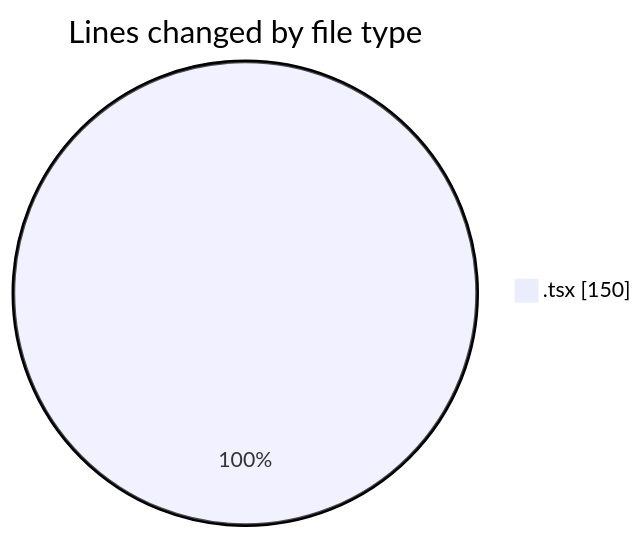
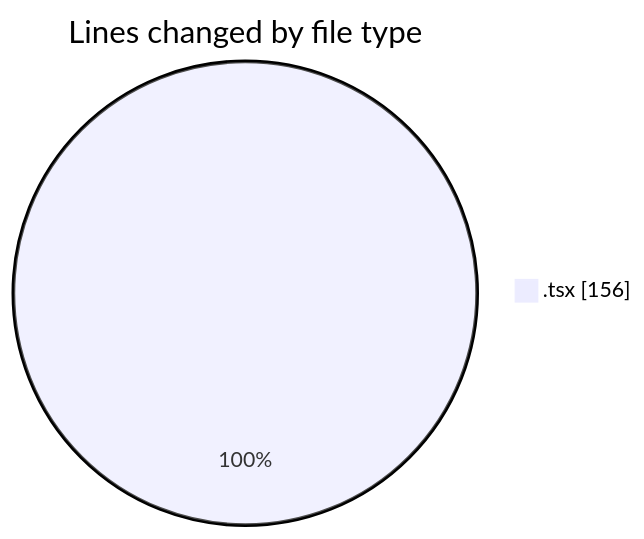
Before and after one commit to EIIisD/code-tracking: the first of 2 diagrams in 2025-08-04/tw-server/README.md, drawn with Mermaid. The commit also changed other lines of this file and 1 other file, not shown here.

````diff
--- a/2025-08-04/tw-server/README.md
+++ b/2025-08-04/tw-server/README.md
@@ -21,5 +21,5 @@
 ```mermaid
 pie showData
 title Lines changed by file type
-".tsx" : 150
+".tsx" : 156
 ```
````
